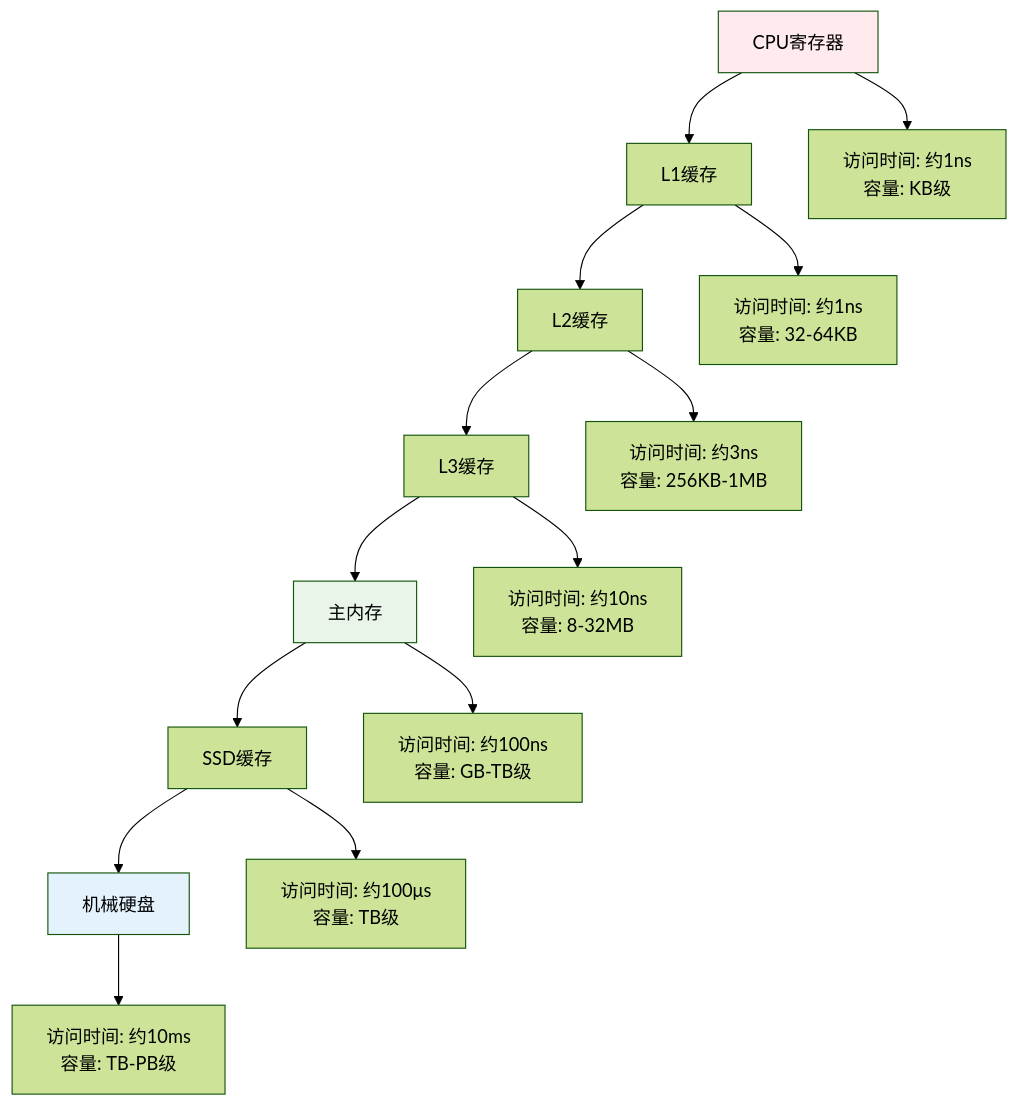
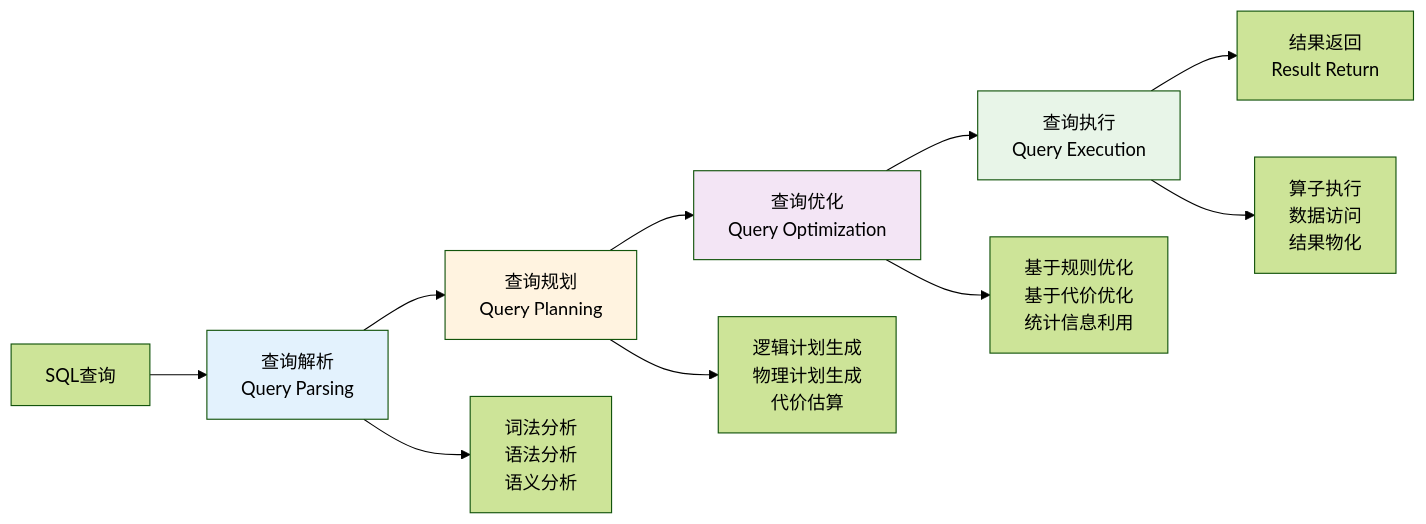
Before and after one commit to crazypenguincode/duckdb: the diagram in md/images/2-图2.1 数据库查询处理流水线架构.mmd, drawn with Mermaid (forest theme). The commit also changed 93 other files, not shown here.

```diff
--- a/md/images/2-图2.1 数据库查询处理流水线架构.mmd
+++ b/md/images/2-图2.1 数据库查询处理流水线架构.mmd
@@ -1,19 +1,16 @@
-graph TD
-    A[CPU寄存器] --> B[L1缓存]
-    B --> C[L2缓存]
-    C --> D[L3缓存]
-    D --> E[主内存]
-    E --> F[SSD缓存]
-    F --> G[机械硬盘]
+graph LR
+    A[SQL查询] --> B[查询解析<br/>Query Parsing]
+    B --> C[查询规划<br/>Query Planning]
+    C --> D[查询优化<br/>Query Optimization]
+    D --> E[查询执行<br/>Query Execution]
+    E --> F[结果返回<br/>Result Return]
     
-    A --> A1[访问时间: 约1ns<br/>容量: KB级]
-    B --> B1[访问时间: 约1ns<br/>容量: 32-64KB]
-    C --> C1[访问时间: 约3ns<br/>容量: 256KB-1MB]
-    D --> D1[访问时间: 约10ns<br/>容量: 8-32MB]
-    E --> E1[访问时间: 约100ns<br/>容量: GB-TB级]
-    F --> F1[访问时间: 约100μs<br/>容量: TB级]
-    G --> G1[访问时间: 约10ms<br/>容量: TB-PB级]
+    B --> B1[词法分析<br/>语法分析<br/>语义分析]
+    C --> C1[逻辑计划生成<br/>物理计划生成<br/>代价估算]
+    D --> D1[基于规则优化<br/>基于代价优化<br/>统计信息利用]
+    E --> E1[算子执行<br/>数据访问<br/>结果物化]
     
-    style A fill:#ffebee
+    style B fill:#e3f2fd
+    style C fill:#fff3e0
+    style D fill:#f3e5f5
     style E fill:#e8f5e8
-    style G fill:#e3f2fd
```
